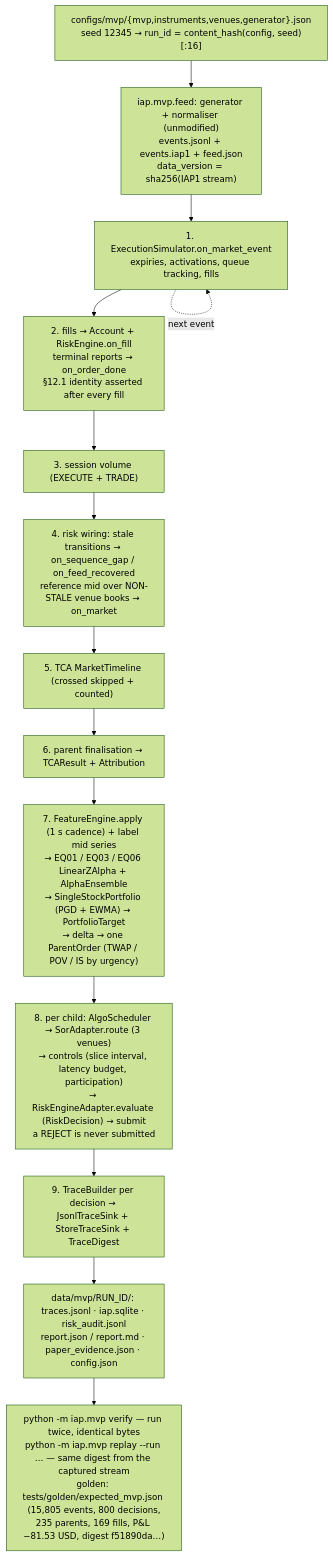
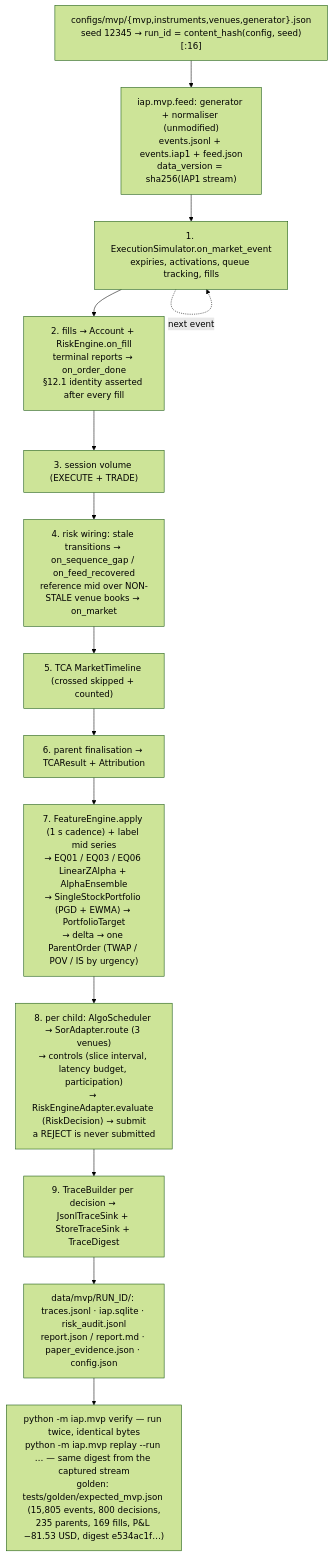
Before and after one commit to AshJha0/intraday-alpha-platform: the diagram in docs/diagrams/mvp_loop.mmd, drawn with Mermaid (forest theme). The commit also changed 28 other files, not shown here.

```diff
--- a/docs/diagrams/mvp_loop.mmd
+++ b/docs/diagrams/mvp_loop.mmd
@@ -1,15 +1,15 @@
 flowchart TD
     %% python -m iap.mvp run — docs/MVP.md §3; per-event order of MvpEngine.on_event.
     CFG["configs/mvp/{mvp,instruments,venues,generator}.json<br/>seed 12345 → run_id = content_hash(config, seed)[:16]"] --> FEED["iap.mvp.feed: generator + normaliser (unmodified)<br/>events.jsonl + events.iap1 + feed.json<br/>data_version = sha256(IAP1 stream)"]
     FEED --> SIM["1. ExecutionSimulator.on_market_event<br/>expiries, activations, queue tracking, fills"]
     SIM --> ACC["2. fills → Account + RiskEngine.on_fill<br/>terminal reports → on_order_done<br/>§12.1 identity asserted after every fill"]
     ACC --> VOL["3. session volume (EXECUTE + TRADE)"]
     VOL --> MARK["4. risk wiring: stale transitions → on_sequence_gap / on_feed_recovered<br/>reference mid over NON-STALE venue books → on_market"]
     MARK --> TL["5. TCA MarketTimeline (crossed skipped + counted)"]
     TL --> FIN["6. parent finalisation → TCAResult + Attribution"]
     FIN --> FEAT["7. FeatureEngine.apply (1 s cadence) + label mid series<br/>→ EQ01 / EQ03 / EQ06 LinearZAlpha + AlphaEnsemble<br/>→ SingleStockPortfolio (PGD + EWMA) → PortfolioTarget<br/>→ delta → one ParentOrder (TWAP / POV / IS by urgency)"]
     FEAT --> CHILD["8. per child: AlgoScheduler → SorAdapter.route (3 venues)<br/>→ controls (slice interval, latency budget, participation)<br/>→ RiskEngineAdapter.evaluate (RiskDecision) → submit<br/>a REJECT is never submitted"]
     CHILD --> TRACE["9. TraceBuilder per decision → JsonlTraceSink + StoreTraceSink + TraceDigest"]
     TRACE --> OUT["data/mvp/RUN_ID/: traces.jsonl · iap.sqlite · risk_audit.jsonl<br/>report.json / report.md · paper_evidence.json · config.json"]
-    OUT --> VERIFY["python -m iap.mvp verify — run twice, identical bytes<br/>python -m iap.mvp replay --run … — same digest from the captured stream<br/>golden: tests/golden/expected_mvp.json (15,805 events, 800 decisions,<br/>235 parents, 169 fills, P&L −81.53 USD, digest f51890da…)"]
+    OUT --> VERIFY["python -m iap.mvp verify — run twice, identical bytes<br/>python -m iap.mvp replay --run … — same digest from the captured stream<br/>golden: tests/golden/expected_mvp.json (15,805 events, 800 decisions,<br/>235 parents, 169 fills, P&L −81.53 USD, digest e534ac1f…)"]
     SIM -. "next event" .-> SIM
```
